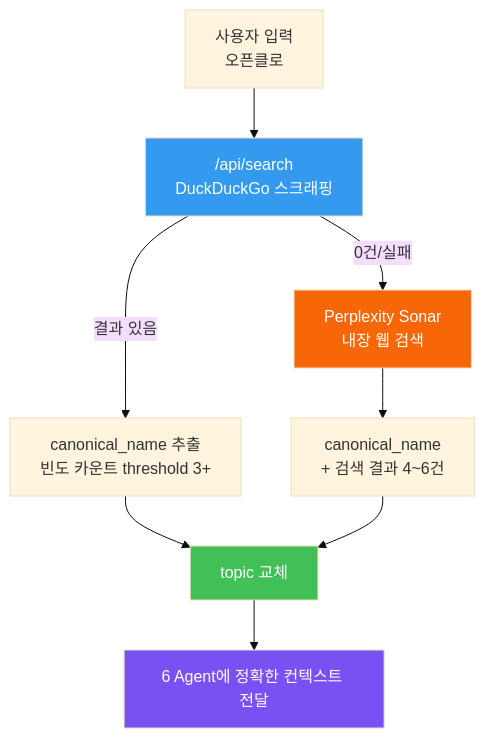
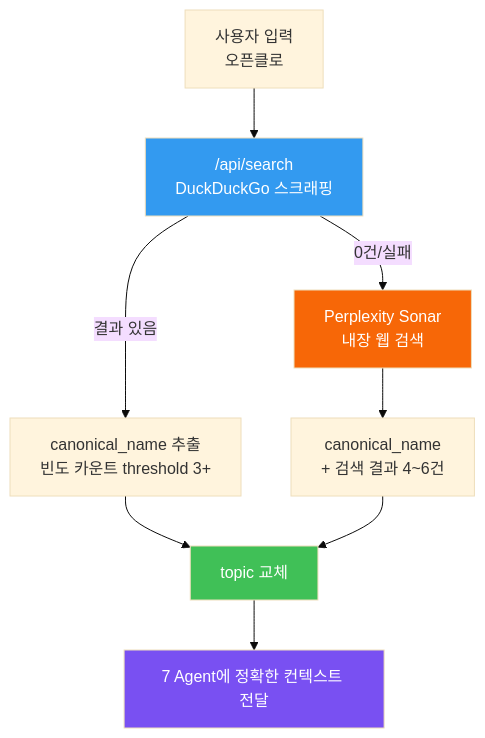
One commit to Technoetic/blog-generator changed the third of 11 diagrams in README.md. Above: the diagram before and after it, drawn with Mermaid (base theme). The commit also changed other lines of this file, not shown here.

Commit message:
docs: README 잔여 6-Agent 표기 2건 제거 (다이어그램 + footer alt)
- L196 문제정의 mermaid의 "6 Agent에 정확한 컨텍스트 전달" → "7 Agent"
- L746 footer.gif alt "6 Agent 셀러브레이션" → "7 Agent 셀러브레이션"

````diff
--- a/README.md
+++ b/README.md
@@ -188,15 +188,15 @@
 ```mermaid
 flowchart TD
     U["사용자 입력<br/>오픈클로"] --> DG["/api/search<br/>DuckDuckGo 스크래핑"]
     DG -->|결과 있음| E["canonical_name 추출<br/>빈도 카운트 threshold 3+"]
     DG -->|0건/실패| SONAR["Perplexity Sonar<br/>내장 웹 검색"]
     SONAR --> E2["canonical_name<br/>+ 검색 결과 4~6건"]
     E --> T["topic 교체"]
     E2 --> T
-    T --> LLM["6 Agent에 정확한 컨텍스트 전달"]
+    T --> LLM["7 Agent에 정확한 컨텍스트 전달"]
 
     style DG fill:#339af0,color:#fff
     style SONAR fill:#f76707,color:#fff
     style T fill:#40c057,color:#fff
     style LLM fill:#7950f2,color:#fff
 ```
````
